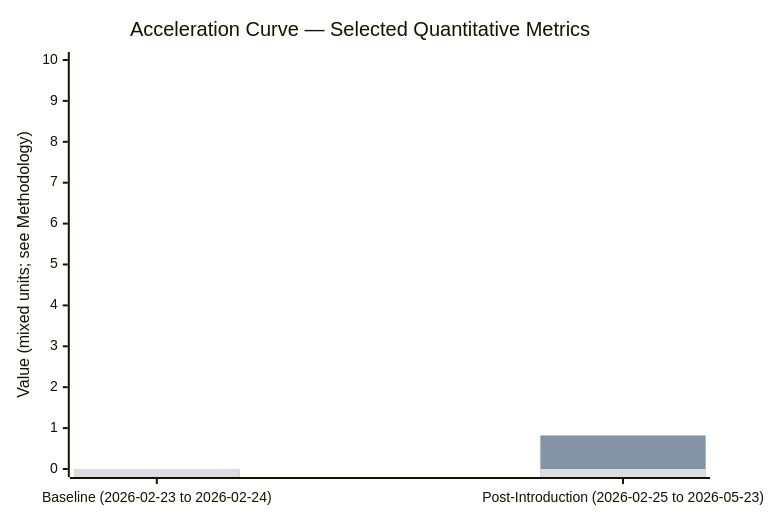
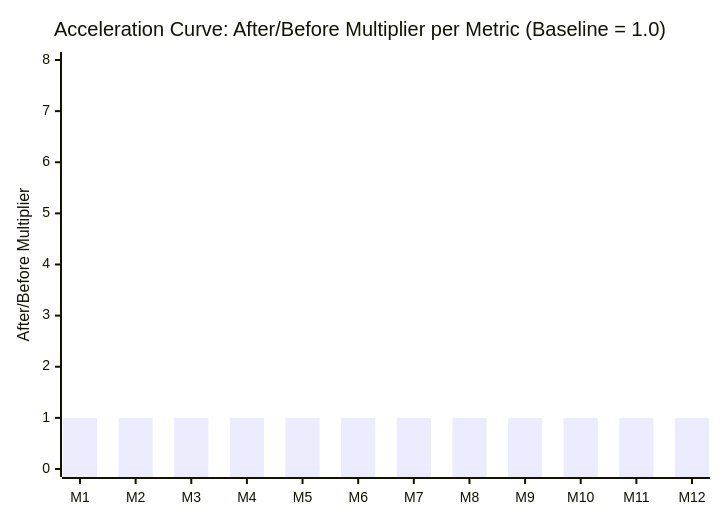
Before and after one commit to Blitzy-Sandbox/blitzy-RudderStack: the diagram in blitzy/acceleration-report/diagrams/acceleration-curve.mmd, drawn with Mermaid. The commit also changed 1 other file, not shown here.

```diff
--- a/blitzy/acceleration-report/diagrams/acceleration-curve.mmd
+++ b/blitzy/acceleration-report/diagrams/acceleration-curve.mmd
@@ -1,23 +1,27 @@
-%% Title: Acceleration Curve — Per-Metric Trajectory (Baseline vs Post-Introduction)
-%% Legend: Each metric's value plotted across the two phases. Metric values rendered in their natural units.
-%% Insufficient-Signal phases are not plotted (gap in the line). Multipliers presented in §1 Executive Summary.
-%% Note: post-introduction span 86 days < 90 days → no Ramp-Up vs Steady-State split per DL-006.
-
+%% Title: Acceleration Curve: Per-Metric After/Before Multiplier
+%% Legend:
+%%   X-axis = metric identifier (M1..M12, in canonical order).
+%%   Y-axis = after/before multiplier where Baseline = 1.0 reference.
+%%            Values > 1.0 indicate the after period exceeded the baseline;
+%%            values < 1.0 indicate the after period fell below the baseline.
+%%   Single bar series = per-metric multiplier extracted from data/metrics.json
+%%                       at render time (10_render_report.py substitutes the
+%%                       placeholder 1.0 values with actual multipliers).
+%%   NOTE: this file is a SOURCE TEMPLATE. All bar values below are placeholders
+%%   (1.0 for every metric, representing "Baseline ratio"). The renderer
+%%   reads data/metrics.json and substitutes each placeholder with the actual
+%%   after/before multiplier for the corresponding metric. Metrics with
+%%   "insufficient_signal" or zero-variance baseline (Metric 3) are rendered as
+%%   0.0 in the bar AND a footnote is added below the chart in the report body.
+%%   Per AAP §0.5.6 fallback (post-introduction span < 90 days), the chart shows
+%%   the Post-Introduction multiplier only; no Ramp-Up vs Steady-State split.
+%%   For the metric-name legend mapping:
+%%     M1=Flow Load            M2=Flow Velocity     M3=Flow Predictability
+%%     M4=Flow Active          M5=Flow Efficiency   M6=Flow Distribution
+%%     M7=Flow Time            M8=Problem Records   M9=Releases
+%%     M10=Approved Exceptions M11=Escaped Defects  M12=Defects Out of SLA
 xychart-beta
-    title "Acceleration Curve — Selected Quantitative Metrics"
-    x-axis ["Baseline (2026-02-23 to 2026-02-24)", "Post-Introduction (2026-02-25 to 2026-05-23)"]
-    y-axis "Value (mixed units; see Methodology)" 0 --> 10
-    bar "M2 Flow Velocity (PRs/window)" [0.0, 0.67]
-    bar "M3 Flow Predictability (1/CV)" [0.0, 0.82]
-    bar "M9 Releases (count)" [0.0, 0.0]
-    bar "M8 Reverts (count)" [0.0, 0.0]
-
-%% Notes on omitted metrics:
-%% M1 Flow Load: baseline insufficient signal — not plotted
-%% M4 Flow Active: baseline insufficient signal; post=9.26 days (different unit) — not plotted in this composite
-%% M5 Flow Efficiency: baseline insufficient signal; post=85.8% — not plotted in this composite
-%% M6 Flow Distribution: categorical not scalar — not plotted
-%% M7 Flow Time: baseline insufficient signal; post=9.26 days — not plotted in this composite
-%% M10 Approved Exceptions: baseline N/A; post snapshot of static exemption inventory — not plotted as time-series
-%% M11 Escaped Defects: insufficient signal — not plotted
-%% M12 Defects Out of SLA: insufficient signal — not plotted
+    title "Acceleration Curve: After/Before Multiplier per Metric (Baseline = 1.0)"
+    x-axis ["M1", "M2", "M3", "M4", "M5", "M6", "M7", "M8", "M9", "M10", "M11", "M12"]
+    y-axis "After/Before Multiplier" 0 --> 8
+    bar [1.0, 1.0, 1.0, 1.0, 1.0, 1.0, 1.0, 1.0, 1.0, 1.0, 1.0, 1.0]
```
